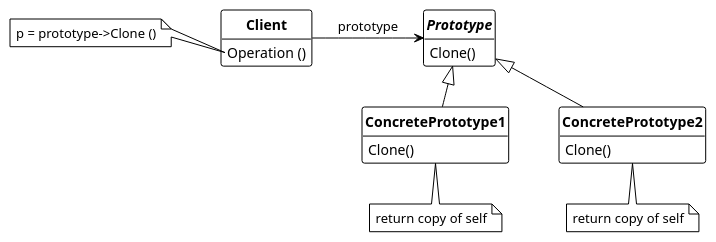
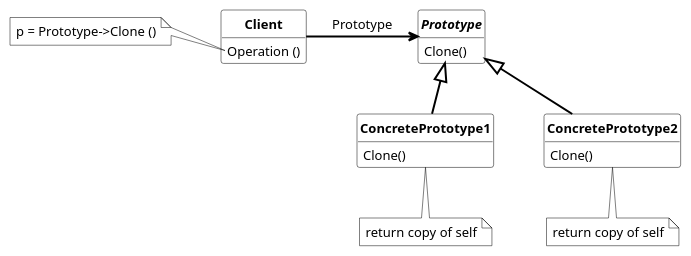
The diagram in creational_patterns/prototype/prototype.md (dst80/design-patterns), drawn with PlantUML before and after one commit. The commit also changed other lines of this file and 11 other files, not shown here.

````diff
--- a/creational_patterns/prototype/prototype.md
+++ b/creational_patterns/prototype/prototype.md
@@ -5,42 +5,55 @@
 ```plantuml
-@startuml prototype
-!theme plain
-
+@startuml Prototype
+skinparam ranksep 50
 skinparam nodesep 50
-skinparam ranksep 40
+skinparam class {
+  FontSize 13
+  AttributeFontSize 13
+  FontStyle bold
+  BackgroundColor transparent
+  BorderColor black
+}
+skinparam arrow {
+  Color black
+  FontColor black
+  Thickness 2
+}
+skinparam note {
+  BackgroundColor transparent
+  BorderColor black
+}
 hide circle
 hide fields
 
-class "**Client**" as client {
+
+class Client {
     Operation ()
 }
-note left of client::Operation
- p = prototype->Clone ()
+note left of Client::Operation
+p = Prototype->Clone ()
 end note
 
 together {
-    interface "**Prototype**" as prototype {
+    interface Prototype {
         Clone()
     }
     together {
-        class "**ConcretePrototype1**" as concrete_prototype_1 {
+        class ConcretePrototype1 extends Prototype {
             Clone()
         }
-        class "**ConcretePrototype2**" as concrete_prototype_2 {
+        class ConcretePrototype2 extends Prototype {
             Clone()
         }
 
-        note bottom of concrete_prototype_1
-            return copy of self
+        note bottom of ConcretePrototype1
+        return copy of self
         end note
-        note bottom of concrete_prototype_2
-            return copy of self
+        note bottom of ConcretePrototype2
+        return copy of self
         end note
     }
-    prototype <|-- concrete_prototype_1
-    prototype <|-- concrete_prototype_2
 }
-client -> prototype : "prototype"
+Client -> Prototype : "Prototype"
 
 @enduml
 ```
````
